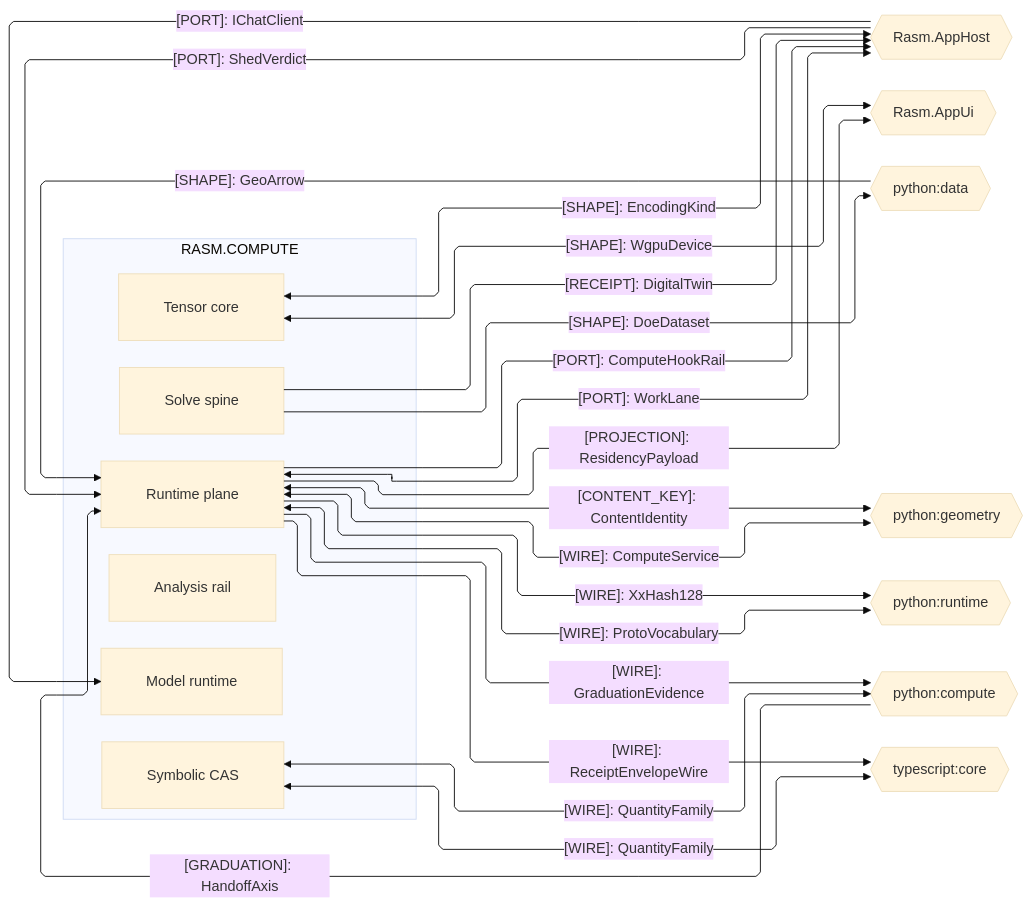
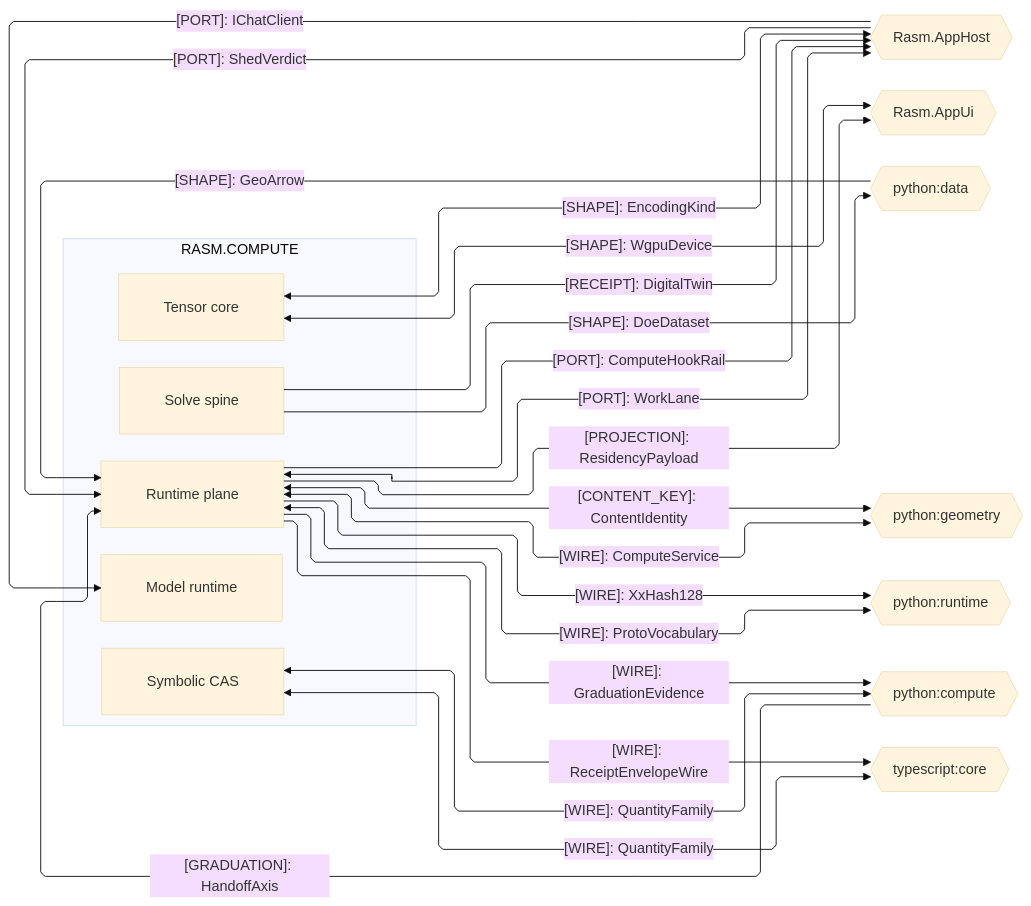
Before and after one commit to bsamiee/Rasm: the third of 4 diagrams in libs/csharp/Rasm.Compute/ARCHITECTURE.md, drawn with Mermaid (base theme). The commit also changed other lines of this file and 108 other files, not shown here.

Commit message:
Land the coldpass doc-set deltas across README, ARCHITECTURE, RULINGS, IDEAS, and TASKLOG files

````diff
--- a/libs/csharp/Rasm.Compute/ARCHITECTURE.md
+++ b/libs/csharp/Rasm.Compute/ARCHITECTURE.md
@@ -193,46 +197,45 @@
 ```mermaid
 ---
 config:
   layout: elk
   flowchart:
     curve: linear
     padding: 25
 ---
 flowchart LR
     accTitle: Compute platform and cross-runtime seams
     accDescr: Compute owners exchanging port, receipt, projection, wire, content-key, and graduation contracts with platform and cross-runtime peers.
     subgraph compute[RASM.COMPUTE]
         Model[Model runtime]
         Tensor[Tensor core]
         Solver[Solve spine]
-        Analysis[Analysis rail]
         Runtime[Runtime plane]
         Symbolic[Symbolic CAS]
     end
     AppHost{{Rasm.AppHost}}
     AppUi{{Rasm.AppUi}}
     Data{{python:data}}
     Geometry{{python:geometry}}
     PyRuntime{{python:runtime}}
     Compute{{python:compute}}
     Core{{typescript:core}}
     Runtime e1@<-->|"[PORT]: WorkLane"| AppHost
     AppHost e2@-->|"[PORT]: IChatClient"| Model
     AppHost e17@-->|"[PORT]: ShedVerdict"| Runtime
     Solver e3@-->|"[RECEIPT]: DigitalTwin"| AppHost
     Tensor e4@<-->|"[SHAPE]: EncodingKind"| AppHost
     Runtime e15@-->|"[PORT]: ComputeHookRail"| AppHost
     Runtime e5@-->|"[PROJECTION]: ResidencyPayload"| AppUi
     Tensor e6@<-->|"[SHAPE]: WgpuDevice"| AppUi
     Runtime e8@<-->|"[WIRE]: ComputeService"| Geometry
     Runtime e18@<-->|"[CONTENT_KEY]: ContentIdentity"| Geometry
     Runtime e9@<-->|"[WIRE]: ProtoVocabulary"| PyRuntime
     Runtime e19@-->|"[WIRE]: XxHash128"| PyRuntime
     Compute e10@-->|"[GRADUATION]: HandoffAxis"| Runtime
     Runtime e11@-->|"[WIRE]: GraduationEvidence"| Compute
     Symbolic e12@<-->|"[WIRE]: QuantityFamily"| Compute
     Solver e13@-->|"[SHAPE]: DoeDataset"| Data
     Data e20@-->|"[SHAPE]: GeoArrow"| Runtime
     Runtime e14@-->|"[WIRE]: ReceiptEnvelopeWire"| Core
     Symbolic e16@<-->|"[WIRE]: QuantityFamily"| Core
 ```
````
